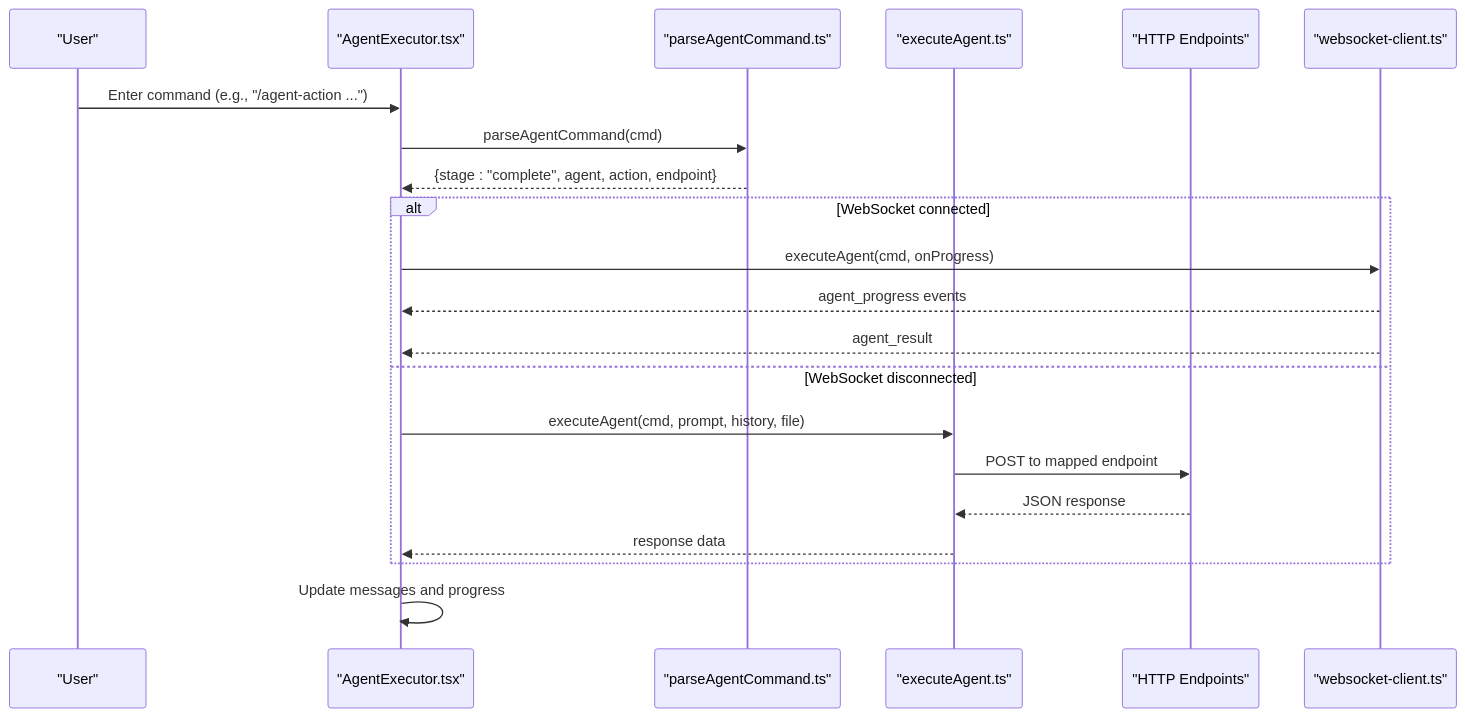
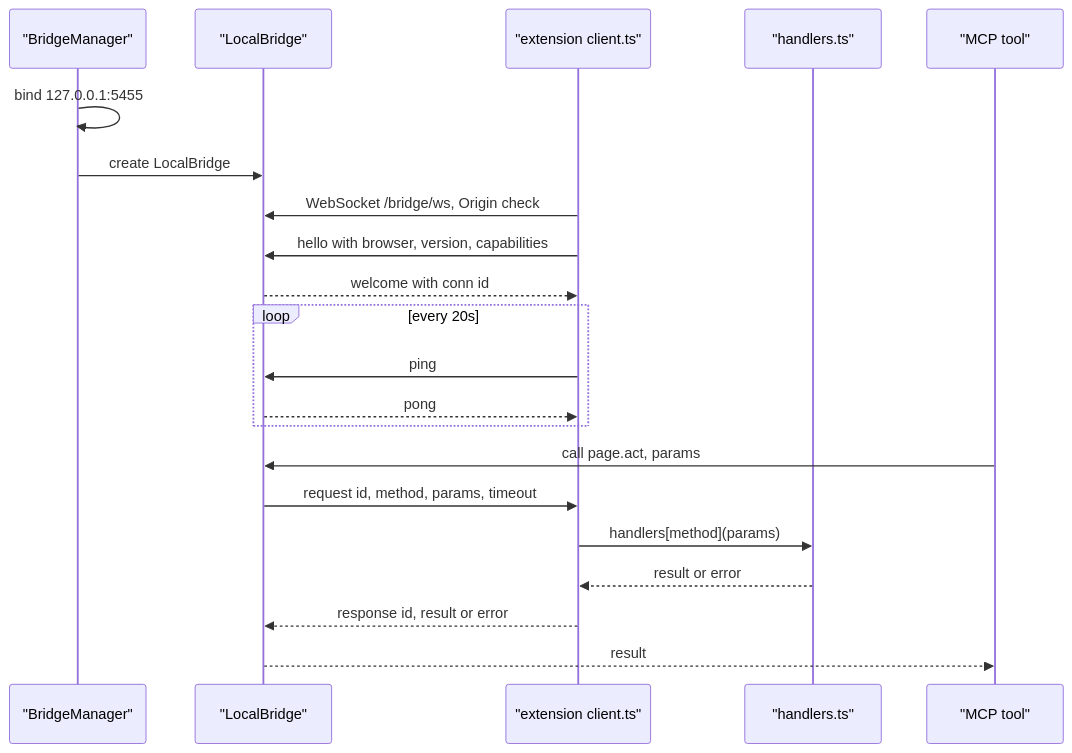
One commit to tashifkhan/tashif.codes changed the second of 6 diagrams in src/data/docs/agentic-browser/Browser Extension/WebSocket Communication.md. Above: the diagram before and after it, drawn with Mermaid. The commit also changed other lines of this file and 114 other files, not shown here.

````diff
--- a/src/data/docs/agentic-browser/Browser Extension/WebSocket Communication.md
+++ b/src/data/docs/agentic-browser/Browser Extension/WebSocket Communication.md
@@ -135,23 +63,23 @@
 ```mermaid
 sequenceDiagram
-participant User as "User"
-participant UI as "AgentExecutor.tsx"
-participant Parser as "parseAgentCommand.ts"
-participant Exec as "executeAgent.ts"
-participant HTTP as "HTTP Endpoints"
-participant Client as "websocket-client.ts"
-User->>UI : Enter command (e.g., "/agent-action ...")
-UI->>Parser : parseAgentCommand(cmd)
-Parser-->>UI : {stage : "complete", agent, action, endpoint}
-alt WebSocket connected
-UI->>Client : executeAgent(cmd, onProgress)
-Client-->>UI : agent_progress events
-Client-->>UI : agent_result
-else WebSocket disconnected
-UI->>Exec : executeAgent(cmd, prompt, history, file)
-Exec->>HTTP : POST to mapped endpoint
-HTTP-->>Exec : JSON response
-Exec-->>UI : response data
-end
-UI->>UI : Update messages and progress
+  participant MG as "BridgeManager"
+  participant LB as "LocalBridge"
+  participant CL as "extension client.ts"
+  participant HD as "handlers.ts"
+  participant SV as "MCP tool"
+  MG->>MG: bind 127.0.0.1:5455
+  MG->>LB: create LocalBridge
+  CL->>LB: WebSocket /bridge/ws, Origin check
+  CL->>LB: hello with browser, version, capabilities
+  LB-->>CL: welcome with conn id
+  loop every 20s
+    CL->>LB: ping
+    LB-->>CL: pong
+  end
+  SV->>LB: call page.act, params
+  LB->>CL: request id, method, params, timeout
+  CL->>HD: handlers[method](params)
+  HD-->>CL: result or error
+  CL-->>LB: response id, result or error
+  LB-->>SV: result
 ```
````
